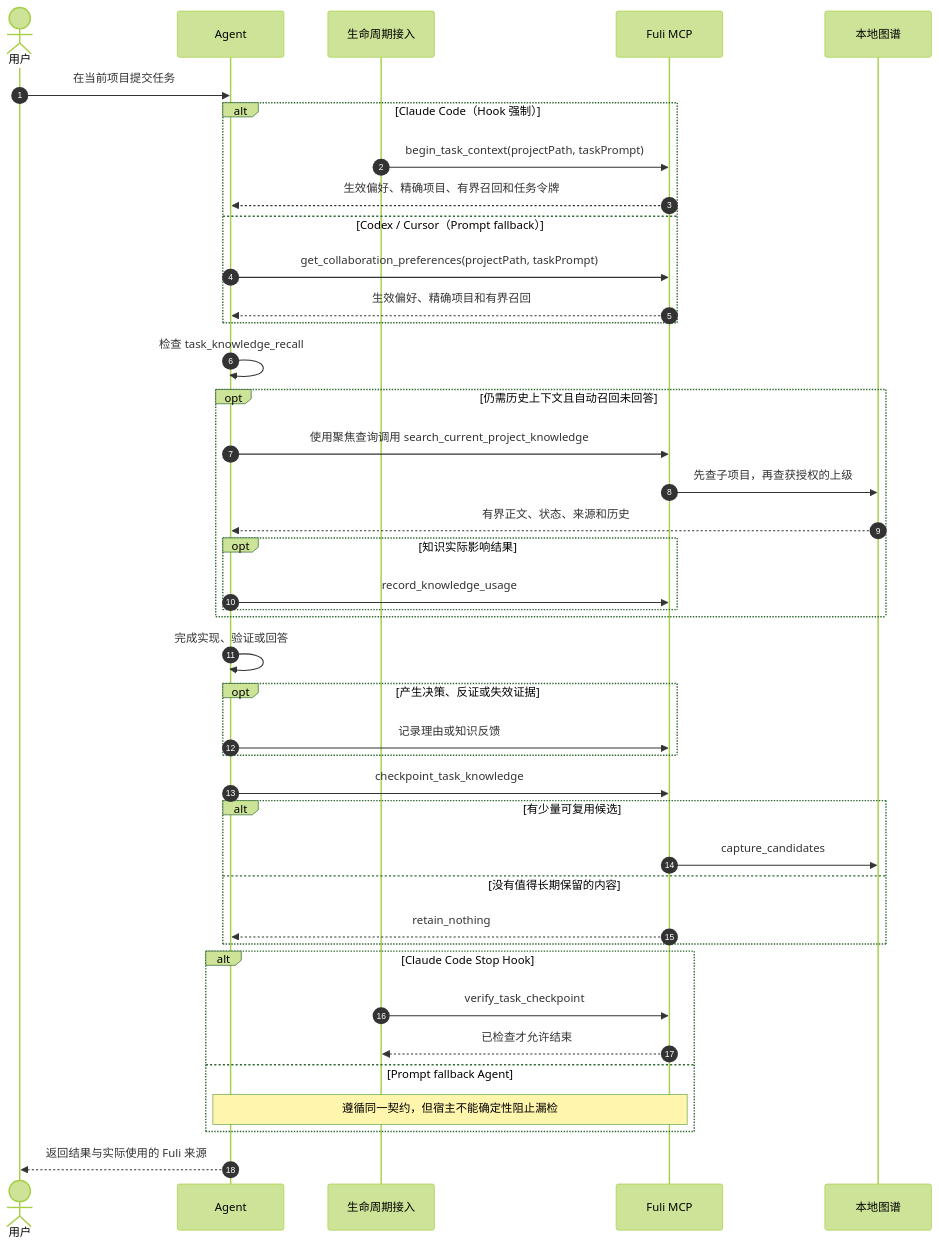
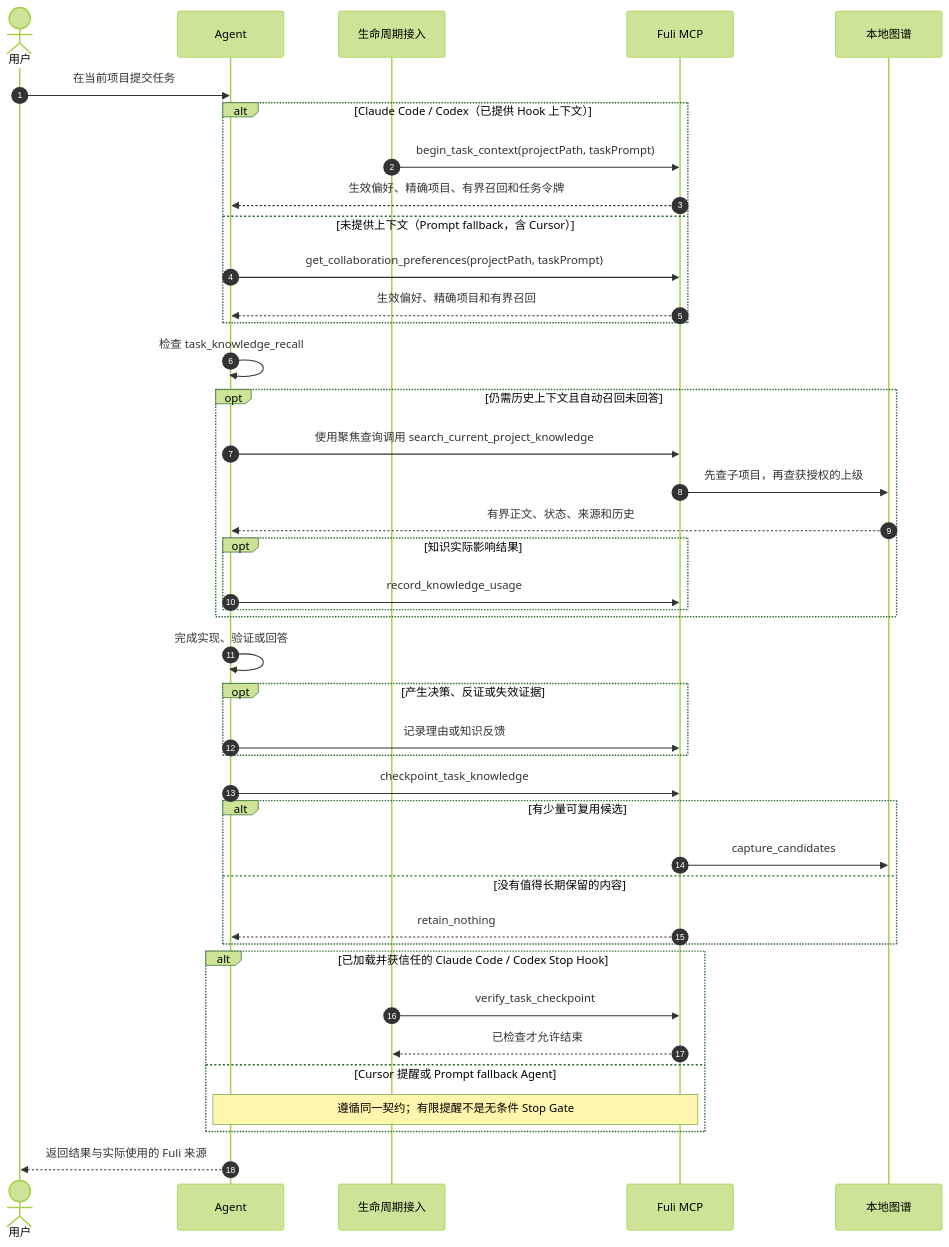
One commit to JevonsCode/fuli changed the diagram in README.zh-CN.md. Above: the diagram before and after it, drawn with Mermaid (forest theme). The commit also changed other lines of this file and 264 other files, not shown here.

````diff
--- a/README.zh-CN.md
+++ b/README.zh-CN.md
@@ -226,47 +228,47 @@
 ```mermaid
 sequenceDiagram
     autonumber
     actor U as 用户
     participant A as Agent
     participant L as 生命周期接入
     participant F as Fuli MCP
     participant G as 本地图谱
 
     U->>A: 在当前项目提交任务
-    alt Claude Code（Hook 强制）
+    alt Claude Code / Codex（已提供 Hook 上下文）
         L->>F: begin_task_context(projectPath, taskPrompt)
         F-->>A: 生效偏好、精确项目、有界召回和任务令牌
-    else Codex / Cursor（Prompt fallback）
+    else 未提供上下文（Prompt fallback，含 Cursor）
         A->>F: get_collaboration_preferences(projectPath, taskPrompt)
         F-->>A: 生效偏好、精确项目和有界召回
     end
 
     A->>A: 检查 task_knowledge_recall
     opt 仍需历史上下文且自动召回未回答
         A->>F: 使用聚焦查询调用 search_current_project_knowledge
         F->>G: 先查子项目，再查获授权的上级
         G-->>A: 有界正文、状态、来源和历史
         opt 知识实际影响结果
             A->>F: record_knowledge_usage
         end
     end
 
     A->>A: 完成实现、验证或回答
     opt 产生决策、反证或失效证据
         A->>F: 记录理由或知识反馈
     end
     A->>F: checkpoint_task_knowledge
     alt 有少量可复用候选
         F->>G: capture_candidates
     else 没有值得长期保留的内容
         F-->>A: retain_nothing
     end
 
-    alt Claude Code Stop Hook
+    alt 已加载并获信任的 Claude Code / Codex Stop Hook
         L->>F: verify_task_checkpoint
         F-->>L: 已检查才允许结束
-    else Prompt fallback Agent
-        Note over A,F: 遵循同一契约，但宿主不能确定性阻止漏检
+    else Cursor 提醒或 Prompt fallback Agent
+        Note over A,F: 遵循同一契约；有限提醒不是无条件 Stop Gate
     end
     A-->>U: 返回结果与实际使用的 Fuli 来源
 ```
````
